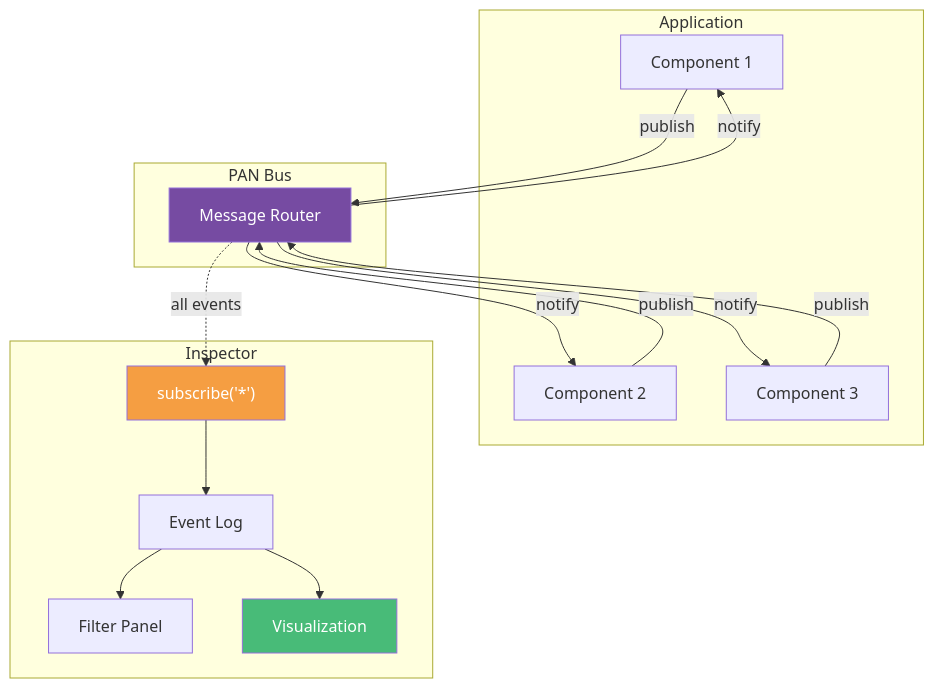
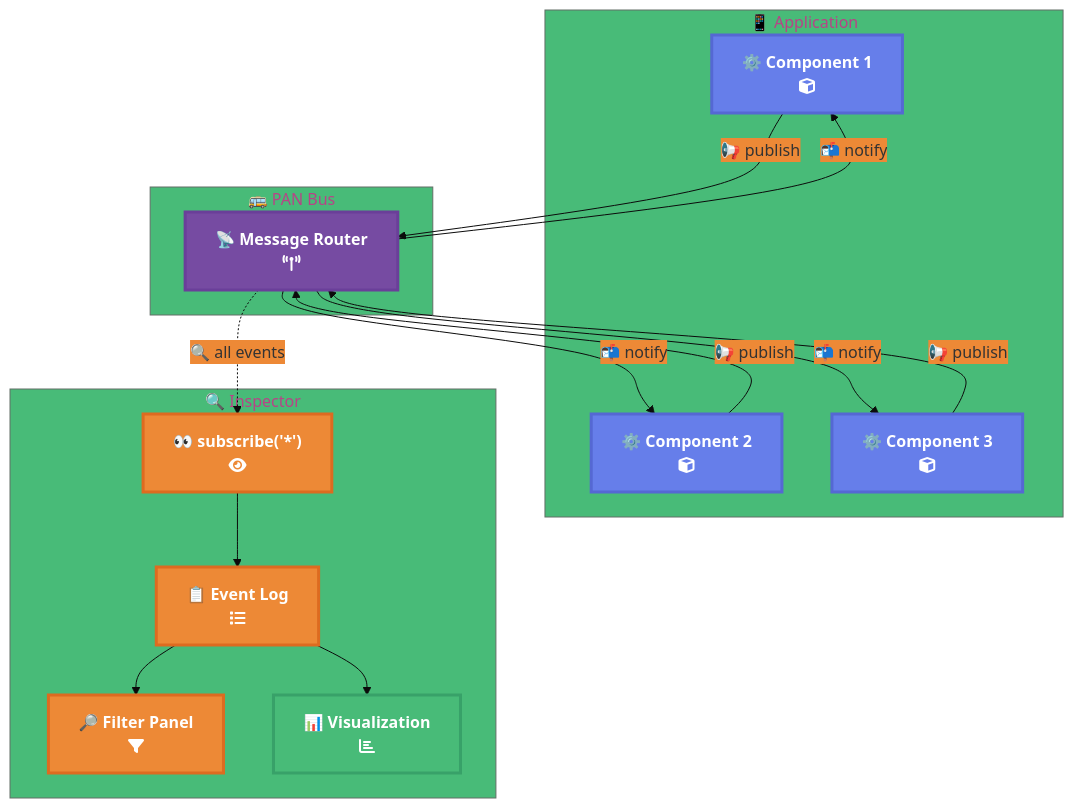
Before and after one commit to larcjs/larc: the eighth of 10 diagrams in docs/books/learning-larc/diagrams/05-pan-bus.md, drawn with Mermaid. The commit also changed other lines of this file and 12 other files, not shown here.

First line of the commit message:
docs: expand Learning LARC chapters 11-19 into individual files and enhance diagrams

````diff
--- a/docs/books/learning-larc/diagrams/05-pan-bus.md
+++ b/docs/books/learning-larc/diagrams/05-pan-bus.md
@@ -264,36 +295,43 @@
 ```mermaid
+%%{init: {'theme':'base', 'themeVariables': { 'primaryColor':'#667eea','secondaryColor':'#ed8936','tertiaryColor':'#48bb78'}}}%%
 graph TB
-    subgraph "Application"
-        C1[Component 1]
-        C2[Component 2]
-        C3[Component 3]
+    subgraph Application["📱 Application"]
+        C1["⚙️ Component 1<br/>fa:fa-cube"]
+        C2["⚙️ Component 2<br/>fa:fa-cube"]
+        C3["⚙️ Component 3<br/>fa:fa-cube"]
     end
 
-    subgraph "PAN Bus"
-        PAN[Message Router]
+    subgraph PAN["🚌 PAN Bus"]
+        Router["📡 Message Router<br/>fa:fa-broadcast-tower"]
     end
 
-    subgraph "Inspector"
-        Monitor["subscribe('*')"]
-        Log[Event Log]
-        Filter[Filter Panel]
-        Viz[Visualization]
+    subgraph Inspector["🔍 Inspector"]
+        Monitor["👀 subscribe('*')<br/>fa:fa-eye"]
+        Log["📋 Event Log<br/>fa:fa-list"]
+        Filter["🔎 Filter Panel<br/>fa:fa-filter"]
+        Viz["📊 Visualization<br/>fa:fa-chart-bar"]
     end
 
-    C1 -->|publish| PAN
-    C2 -->|publish| PAN
-    C3 -->|publish| PAN
+    C1 -->|📢 publish| Router
+    C2 -->|📢 publish| Router
+    C3 -->|📢 publish| Router
 
-    PAN -->|notify| C1
-    PAN -->|notify| C2
-    PAN -->|notify| C3
+    Router -->|📬 notify| C1
+    Router -->|📬 notify| C2
+    Router -->|📬 notify| C3
 
-    PAN -.all events.-> Monitor
+    Router -.🔍 all events.-> Monitor
     Monitor --> Log
     Log --> Filter
     Log --> Viz
 
-    style PAN fill:#764ba2,color:#fff
-    style Monitor fill:#f59e42,color:#fff
-    style Viz fill:#48bb78,color:#fff
+    classDef component fill:#667eea,stroke:#5568d3,stroke-width:3px,color:#fff,font-weight:bold
+    classDef pan fill:#764ba2,stroke:#6a3f99,stroke-width:3px,color:#fff,font-weight:bold
+    classDef inspector fill:#ed8936,stroke:#dd6b20,stroke-width:3px,color:#fff,font-weight:bold
+    classDef viz fill:#48bb78,stroke:#38a169,stroke-width:3px,color:#fff,font-weight:bold
+
+    class C1,C2,C3 component
+    class Router pan
+    class Monitor,Log,Filter inspector
+    class Viz viz
 ```
````
